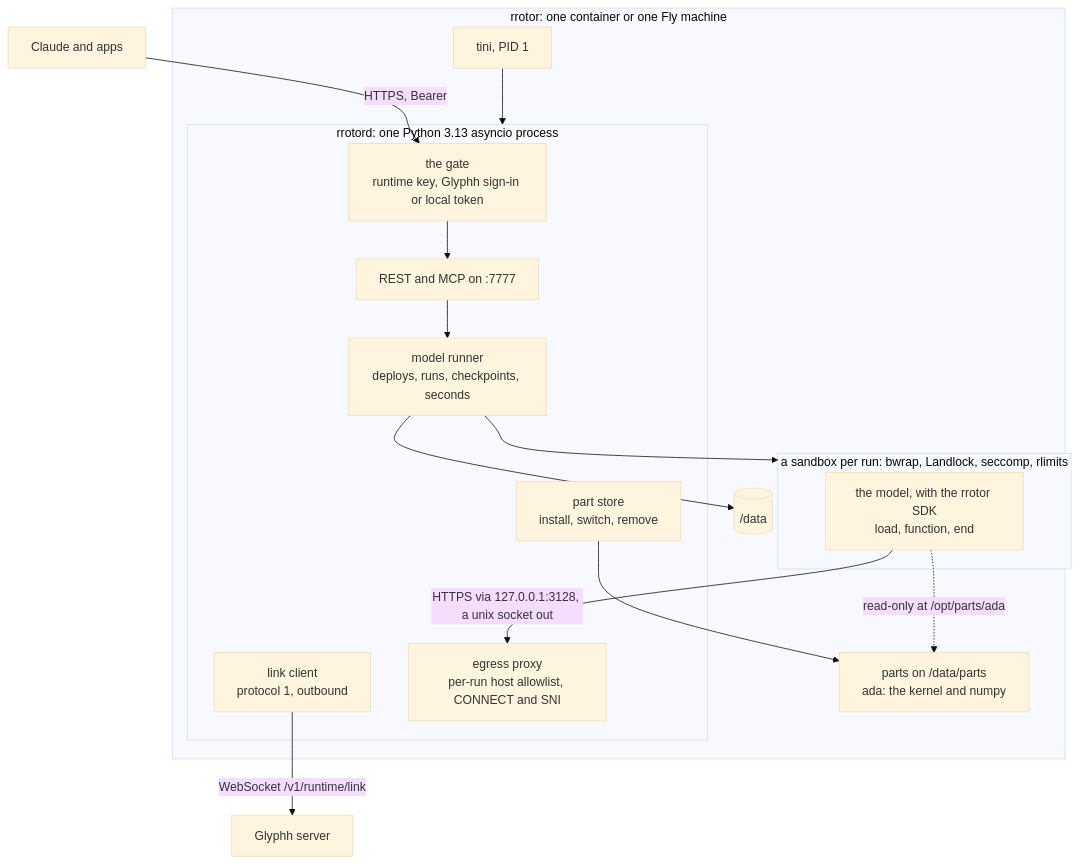
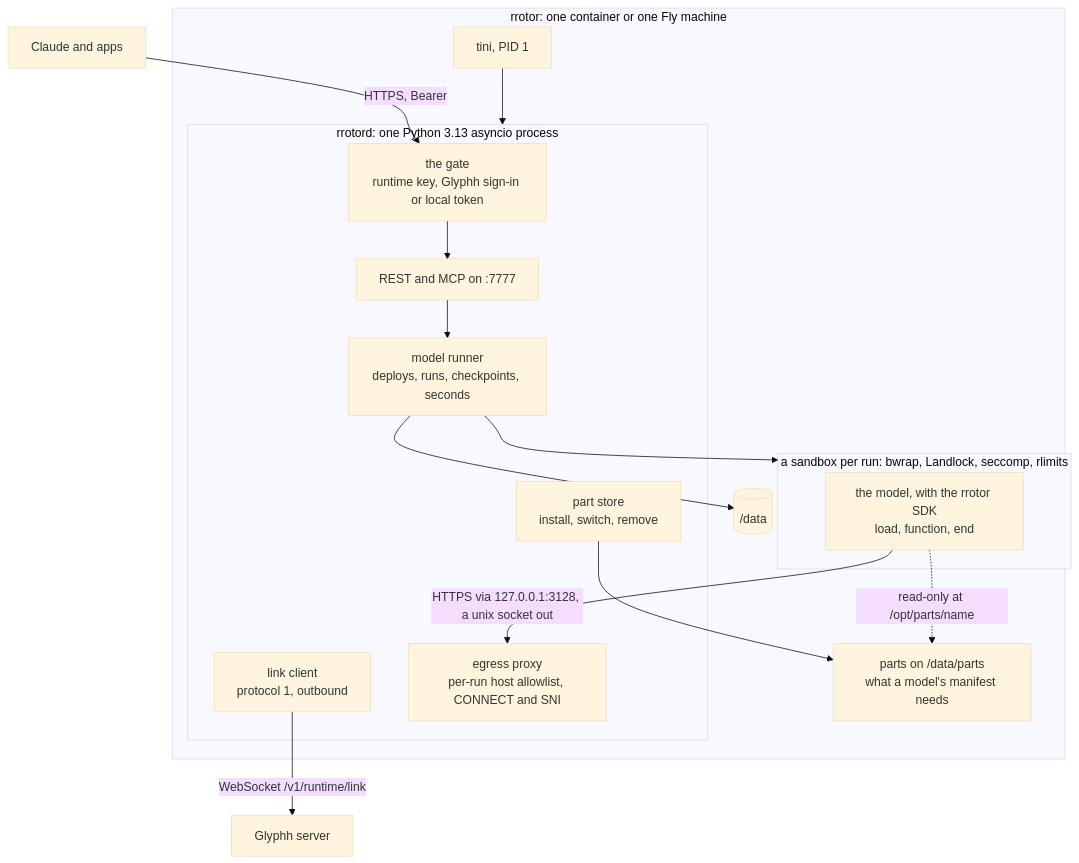
The fourth of 5 diagrams in docs/architecture.md (glyphh-ai/rrotor), drawn with Mermaid (base theme) before and after one commit. The commit also changed other lines of this file and 5 other files, not shown here.

First line of the commit message:
Docs: rrotor runs no Ada models; what remains, described as built

````diff
--- a/docs/architecture.md
+++ b/docs/architecture.md
@@ -172,29 +170,29 @@
 ```mermaid
 flowchart TB
     subgraph R["rrotor: one container or one Fly machine"]
         Tini["tini, PID 1"]
         subgraph D["rrotord: one Python 3.13 asyncio process"]
             Gate["the gate<br/>runtime key, Glyphh sign-in or local token"]
             API["REST and MCP on :7777"]
             Link["link client<br/>protocol 1, outbound"]
             Runner["model runner<br/>deploys, runs, checkpoints, seconds"]
             Proxy["egress proxy<br/>per-run host allowlist, CONNECT and SNI"]
             Parts["part store<br/>install, switch, remove"]
         end
         subgraph S["a sandbox per run: bwrap, Landlock, seccomp, rlimits"]
             Model["the model, with the rrotor SDK<br/>load, function, end"]
         end
-        Ada["parts on /data/parts<br/>ada: the kernel and numpy"]
+        Installed["parts on /data/parts<br/>what a model's manifest needs"]
         Data[("/data")]
         Tini --> D
         Gate --> API
         API --> Runner
         Runner --> S
-        Parts --> Ada
+        Parts --> Installed
         Model -- "HTTPS via 127.0.0.1:3128, a unix socket out" --> Proxy
-        Model -. "read-only at /opt/parts/ada" .-> Ada
+        Model -. "read-only at /opt/parts/name" .-> Installed
         Runner --> Data
     end
     Callers["Claude and apps"] -- "HTTPS, Bearer" --> Gate
     Link -- "WebSocket /v1/runtime/link" --> Server["Glyphh server"]
 ```
````
